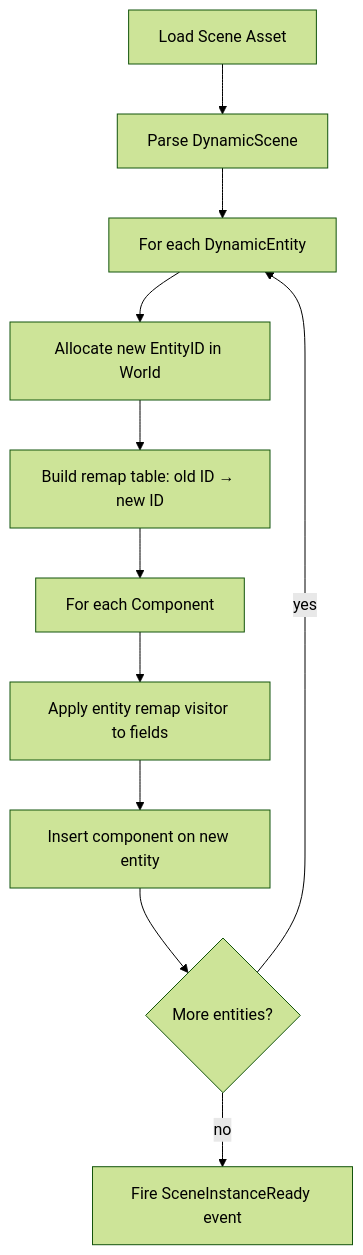
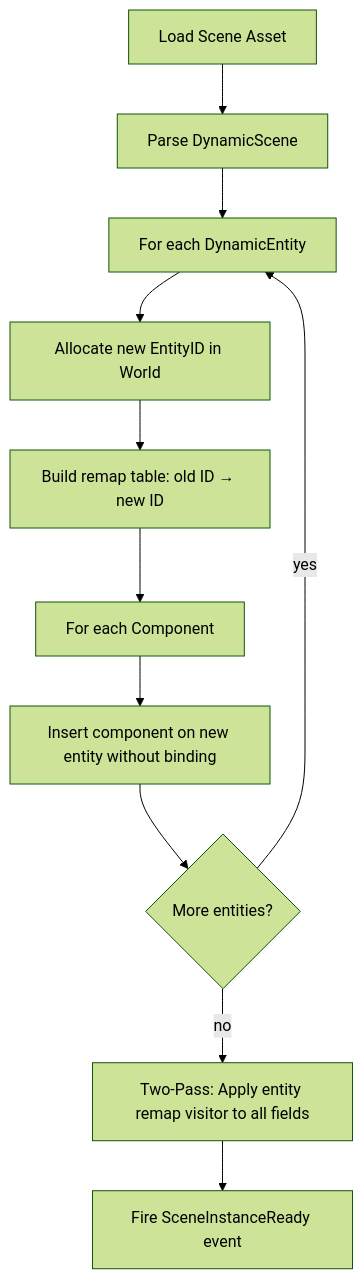
One commit to teratron/ecs-engine changed the diagram in .design/main/specifications/l1-scene-system.md. Above: the diagram before and after it, drawn with Mermaid (forest theme). The commit also changed other lines of this file and 5 other files, not shown here.

Commit message:
docs: add L1 system architecture specifications for scheduling, time, tweening, hierarchy, and scene systems

````diff
--- a/.design/main/specifications/l1-scene-system.md
+++ b/.design/main/specifications/l1-scene-system.md
@@ -101,13 +102,13 @@
 ```mermaid
 flowchart TD
     A[Load Scene Asset] --> B[Parse DynamicScene]
     B --> C[For each DynamicEntity]
     C --> D[Allocate new EntityID in World]
     D --> E[Build remap table: old ID → new ID]
     E --> F[For each Component]
-    F --> G[Apply entity remap visitor to fields]
-    G --> H[Insert component on new entity]
-    H --> I{More entities?}
-    I -->|yes| C
-    I -->|no| J[Fire SceneInstanceReady event]
+    F --> G[Insert component on new entity without binding]
+    G --> H{More entities?}
+    H -->|yes| C
+    H -->|no| I[Two-Pass: Apply entity remap visitor to all fields]
+    I --> J[Fire SceneInstanceReady event]
 ```
````
